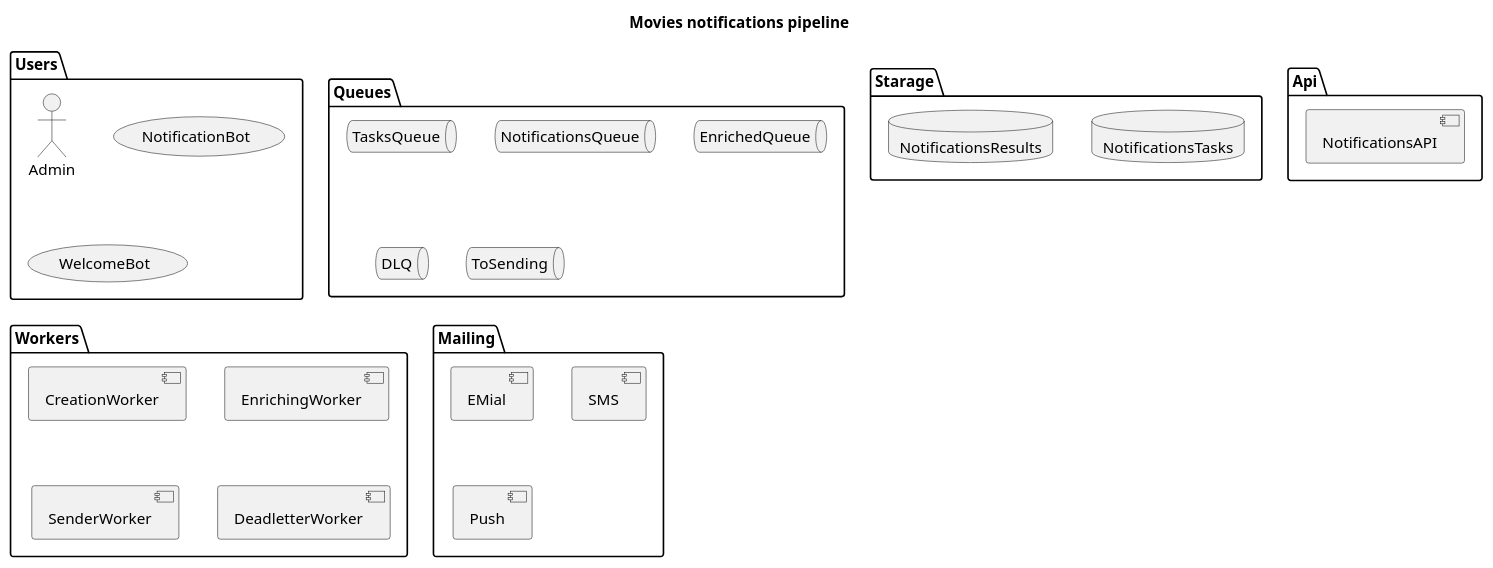
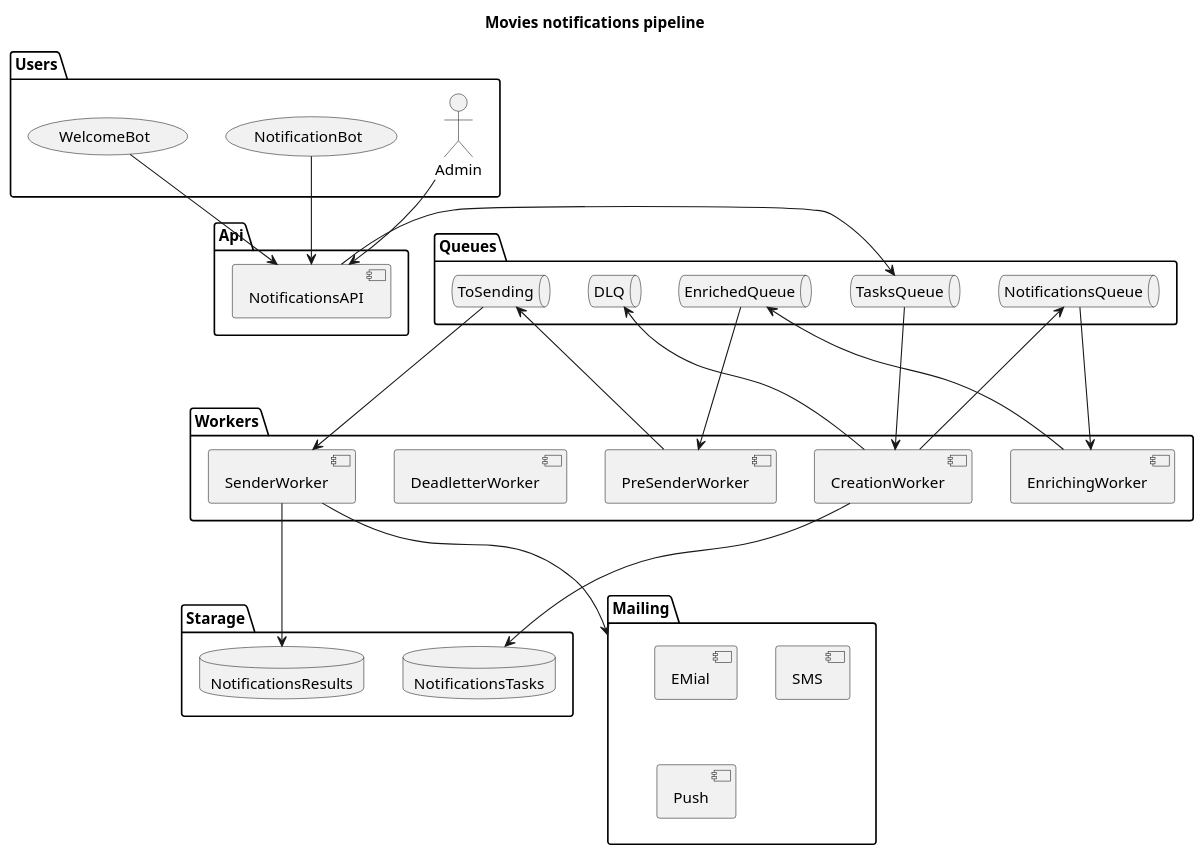
One commit to artwist-polyakov/Auth_sprint_1 changed the diagram in docs/c2-notifications.puml. Above: the diagram before and after it, drawn with PlantUML.

Commit message:
добавляет стрелочки

```diff
--- a/docs/c2-notifications.puml
+++ b/docs/c2-notifications.puml
@@ -1,48 +1,60 @@
 @startuml
 
 
 title
 <b>Movies notifications pipeline</b>
 end title
 
 package Users {
     actor Admin
     usecase NotificationBot
     usecase WelcomeBot
 }
 
 package Starage {
     database NotificationsTasks
     database NotificationsResults
 }
 
 package Api {
     component NotificationsAPI
 }
 
 package Queues {
     queue TasksQueue
     queue NotificationsQueue
     queue EnrichedQueue
     queue DLQ
     queue ToSending
 }
 
 package Workers {
     component CreationWorker
     component EnrichingWorker
-    component SenderWorker
+    component PreSenderWorker
     component DeadletterWorker
     component SenderWorker
 }
 
 package Mailing {
     component EMial
     component SMS
     component Push
 }
 
-
-
-
+Admin -down-> NotificationsAPI
+NotificationBot  -down-> NotificationsAPI
+WelcomeBot  -down-> NotificationsAPI
+NotificationsAPI -right-> TasksQueue
+TasksQueue --down-> CreationWorker
+CreationWorker --up-> NotificationsQueue
+CreationWorker --up-> DLQ
+NotificationsQueue --down-> EnrichingWorker
+EnrichingWorker --up-> EnrichedQueue
+EnrichedQueue --down-> PreSenderWorker
+PreSenderWorker --up-> ToSending
+ToSending --down-> SenderWorker
+SenderWorker --down-> NotificationsResults
+CreationWorker --down-> NotificationsTasks
+SenderWorker --down-> Mailing
 @enduml
```
